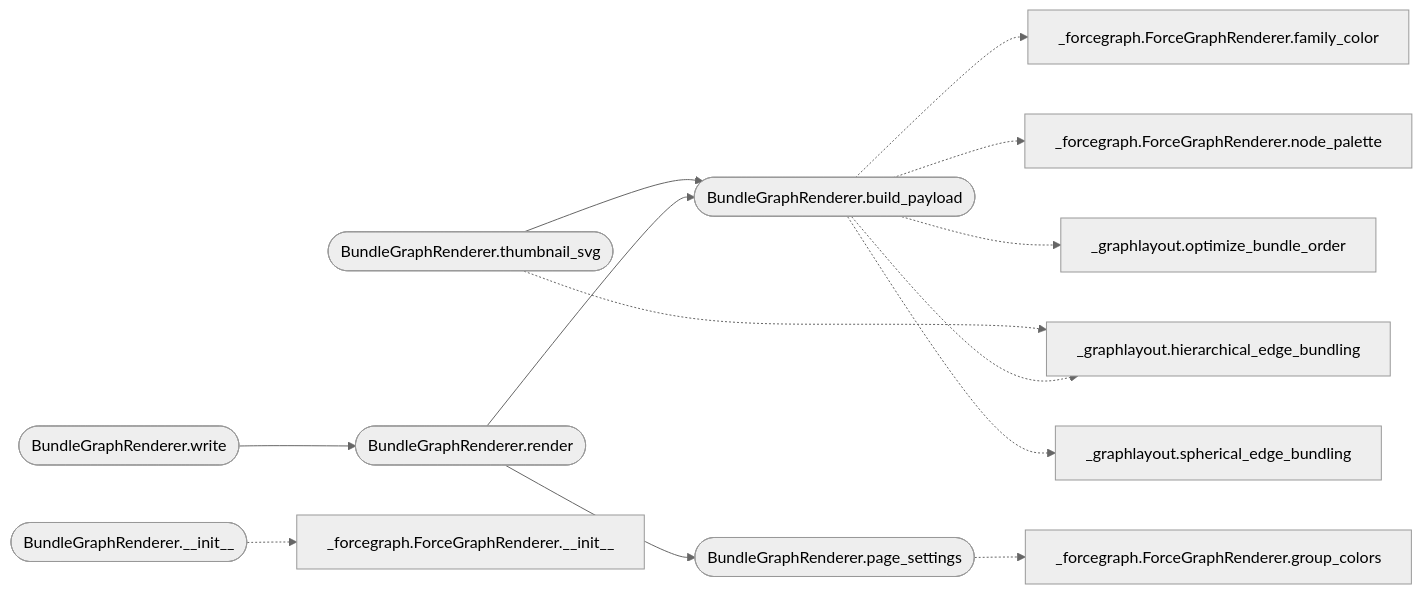
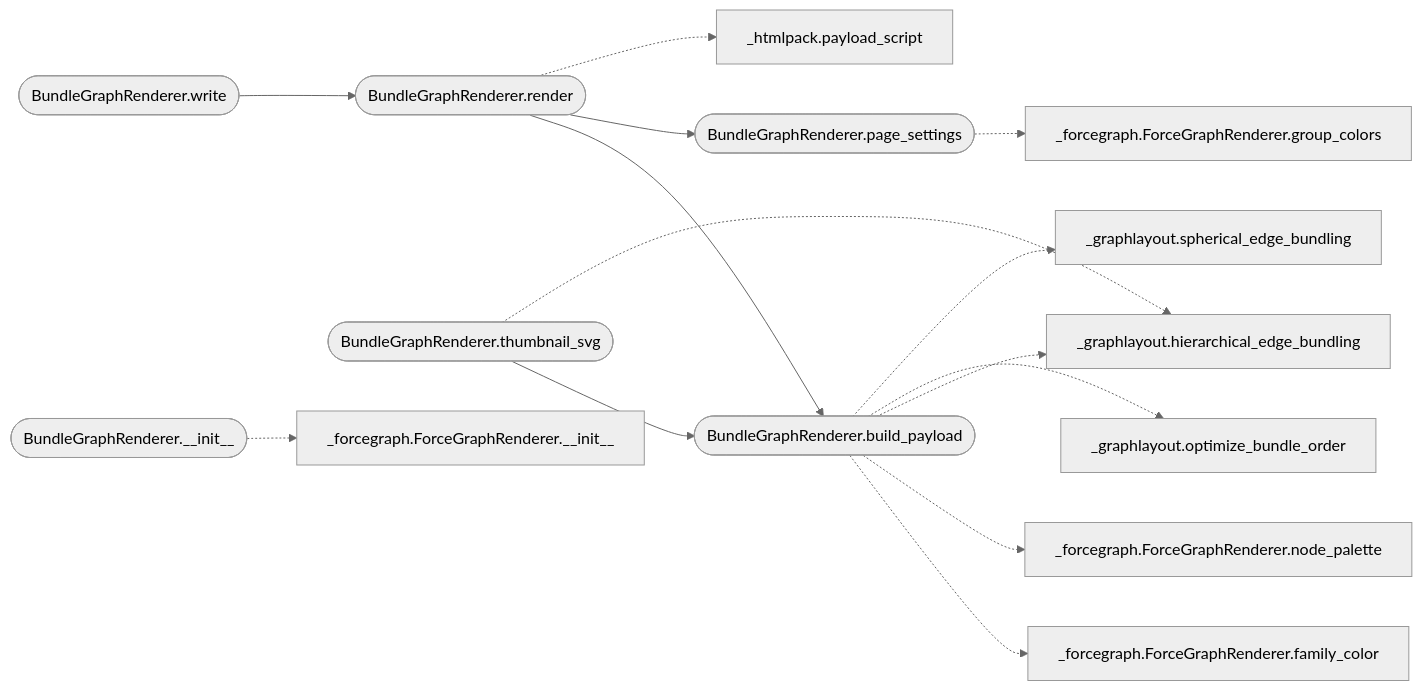
The diagram in readmenator-apidocs/modules/readmenator._bundlegraph.py.md (grisuno/ReadMenator), drawn with Mermaid (neutral theme) before and after one commit. The commit also changed other lines of this file and 304 other files, not shown here.

````diff
--- a/readmenator-apidocs/modules/readmenator._bundlegraph.py.md
+++ b/readmenator-apidocs/modules/readmenator._bundlegraph.py.md
@@ -25,28 +25,30 @@
 ```mermaid
 flowchart LR
     n_readmenator__bundlegraph_py__BundleGraphRenderer_render(["BundleGraphRenderer.render"])
     n_readmenator__bundlegraph_py__BundleGraphRenderer_build_payload(["BundleGraphRenderer.build_payload"])
     n_readmenator__bundlegraph_py__BundleGraphRenderer_page_settings(["BundleGraphRenderer.page_settings"])
     n_readmenator__bundlegraph_py__BundleGraphRenderer_write(["BundleGraphRenderer.write"])
     n_readmenator__bundlegraph_py__BundleGraphRenderer_thumbnail_svg(["BundleGraphRenderer.thumbnail_svg"])
     n_readmenator__bundlegraph_py__BundleGraphRenderer___init__(["BundleGraphRenderer.__init__"])
     n_readmenator__forcegraph_py__ForceGraphRenderer___init__["_forcegraph.ForceGraphRenderer.__init__"]
     n_readmenator__forcegraph_py__ForceGraphRenderer_family_color["_forcegraph.ForceGraphRenderer.family_color"]
     n_readmenator__forcegraph_py__ForceGraphRenderer_node_palette["_forcegraph.ForceGraphRenderer.node_palette"]
     n_readmenator__graphlayout_py__hierarchical_edge_bundling["_graphlayout.hierarchical_edge_bundling"]
     n_readmenator__graphlayout_py__optimize_bundle_order["_graphlayout.optimize_bundle_order"]
     n_readmenator__graphlayout_py__spherical_edge_bundling["_graphlayout.spherical_edge_bundling"]
     n_readmenator__forcegraph_py__ForceGraphRenderer_group_colors["_forcegraph.ForceGraphRenderer.group_colors"]
+    n_readmenator__htmlpack_py__payload_script["_htmlpack.payload_script"]
     n_readmenator__bundlegraph_py__BundleGraphRenderer_render --> n_readmenator__bundlegraph_py__BundleGraphRenderer_build_payload
     n_readmenator__bundlegraph_py__BundleGraphRenderer_render --> n_readmenator__bundlegraph_py__BundleGraphRenderer_page_settings
     n_readmenator__bundlegraph_py__BundleGraphRenderer_write --> n_readmenator__bundlegraph_py__BundleGraphRenderer_render
     n_readmenator__bundlegraph_py__BundleGraphRenderer_thumbnail_svg --> n_readmenator__bundlegraph_py__BundleGraphRenderer_build_payload
     n_readmenator__bundlegraph_py__BundleGraphRenderer___init__ -.-> n_readmenator__forcegraph_py__ForceGraphRenderer___init__
     n_readmenator__bundlegraph_py__BundleGraphRenderer_build_payload -.-> n_readmenator__forcegraph_py__ForceGraphRenderer_family_color
     n_readmenator__bundlegraph_py__BundleGraphRenderer_build_payload -.-> n_readmenator__forcegraph_py__ForceGraphRenderer_node_palette
     n_readmenator__bundlegraph_py__BundleGraphRenderer_build_payload -.-> n_readmenator__graphlayout_py__hierarchical_edge_bundling
     n_readmenator__bundlegraph_py__BundleGraphRenderer_build_payload -.-> n_readmenator__graphlayout_py__optimize_bundle_order
     n_readmenator__bundlegraph_py__BundleGraphRenderer_build_payload -.-> n_readmenator__graphlayout_py__spherical_edge_bundling
     n_readmenator__bundlegraph_py__BundleGraphRenderer_page_settings -.-> n_readmenator__forcegraph_py__ForceGraphRenderer_group_colors
+    n_readmenator__bundlegraph_py__BundleGraphRenderer_render -.-> n_readmenator__htmlpack_py__payload_script
     n_readmenator__bundlegraph_py__BundleGraphRenderer_thumbnail_svg -.-> n_readmenator__graphlayout_py__hierarchical_edge_bundling
 ```
````
